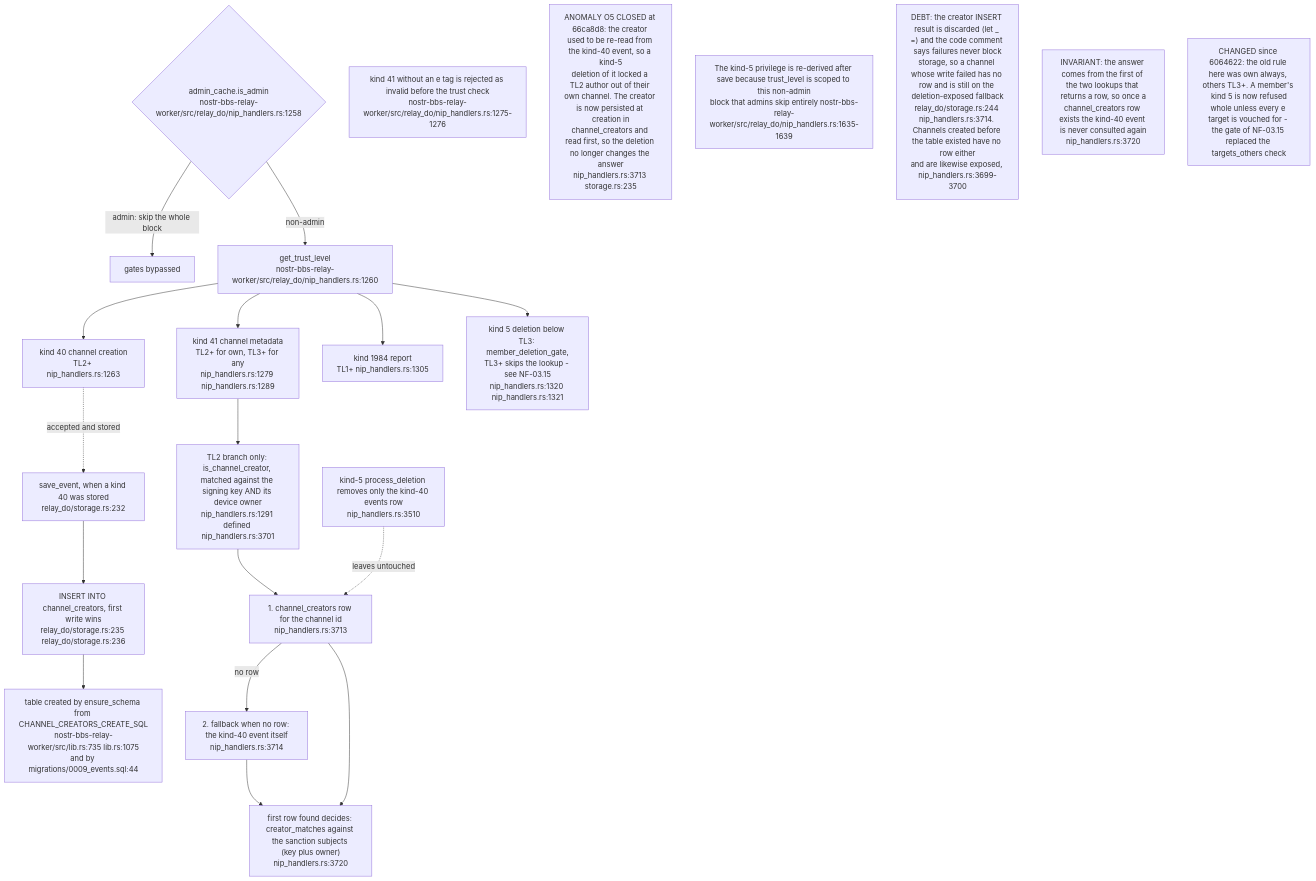
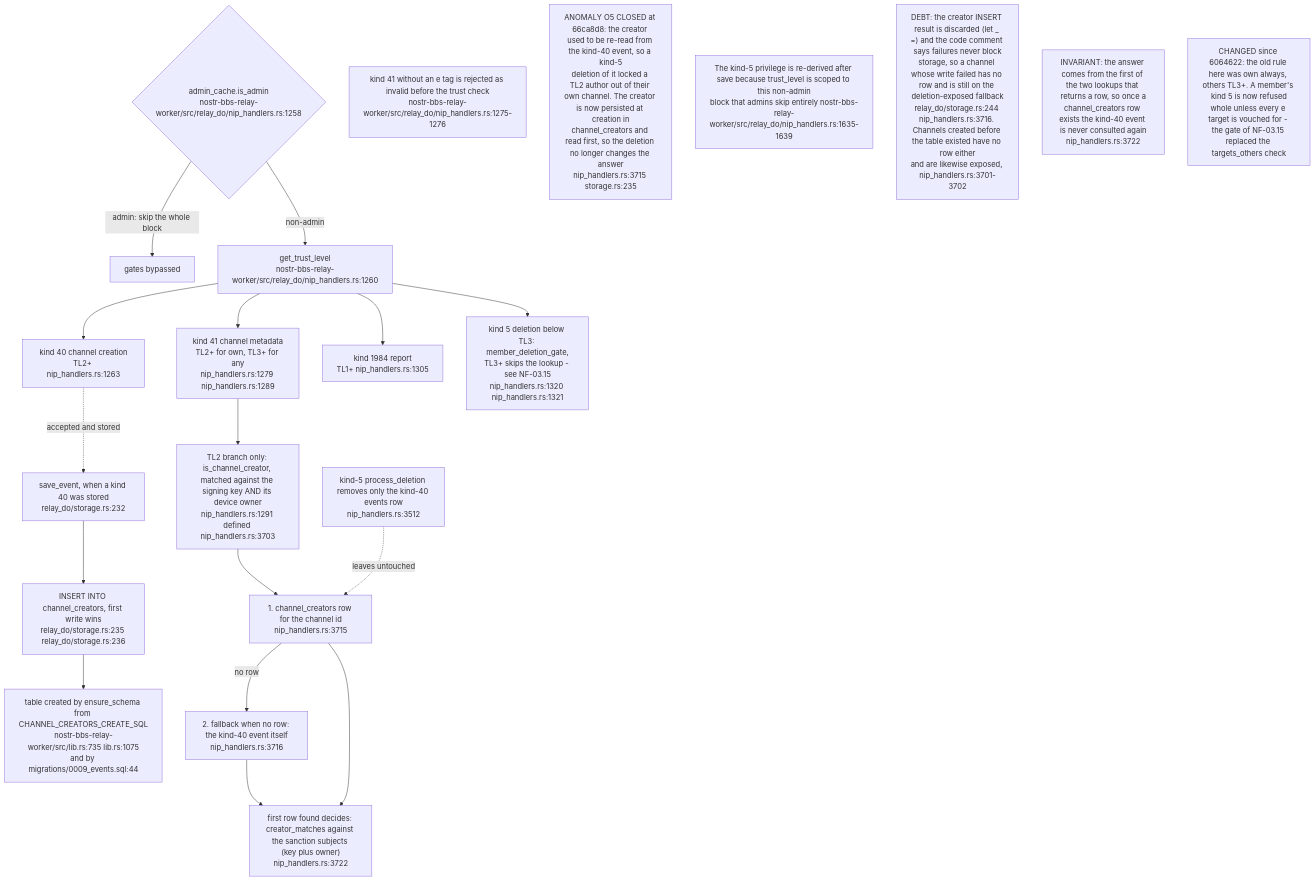
The seventh of 16 diagrams in docs/diagrams/nostr-rust-forum/03-relay-worker-admission-auth-and-trust.md (DreamLab-AI/VisionFlow), drawn with Mermaid before and after one commit. The commit also changed other lines of this file and 11 other files, not shown here.

````diff
--- a/docs/diagrams/nostr-rust-forum/03-relay-worker-admission-auth-and-trust.md
+++ b/docs/diagrams/nostr-rust-forum/03-relay-worker-admission-auth-and-trust.md
@@ -223,32 +223,32 @@
 ```mermaid
 flowchart TB
     ADMIN{"admin_cache.is_admin<br/>nostr-bbs-relay-worker/src/relay_do/nip_handlers.rs:1258"}
     TL["get_trust_level<br/>nostr-bbs-relay-worker/src/relay_do/nip_handlers.rs:1260"]
     K40["kind 40 channel creation<br/>TL2+ nip_handlers.rs:1263"]
     K41["kind 41 channel metadata<br/>TL2+ for own, TL3+ for any<br/>nip_handlers.rs:1279 nip_handlers.rs:1289"]
     K1984["kind 1984 report<br/>TL1+ nip_handlers.rs:1305"]
     K5["kind 5 deletion below TL3: member_deletion_gate,<br/>TL3+ skips the lookup - see NF-03.15<br/>nip_handlers.rs:1320 nip_handlers.rs:1321"]
-    IC["TL2 branch only: is_channel_creator, matched against the signing key AND its device owner<br/>nip_handlers.rs:1291 defined nip_handlers.rs:3701"]
-    CC["1. channel_creators row for the channel id<br/>nip_handlers.rs:3713"]
-    FB["2. fallback when no row: the kind-40 event itself<br/>nip_handlers.rs:3714"]
-    ANS["first row found decides: creator_matches against the sanction subjects (key plus owner)<br/>nip_handlers.rs:3720"]
+    IC["TL2 branch only: is_channel_creator, matched against the signing key AND its device owner<br/>nip_handlers.rs:1291 defined nip_handlers.rs:3703"]
+    CC["1. channel_creators row for the channel id<br/>nip_handlers.rs:3715"]
+    FB["2. fallback when no row: the kind-40 event itself<br/>nip_handlers.rs:3716"]
+    ANS["first row found decides: creator_matches against the sanction subjects (key plus owner)<br/>nip_handlers.rs:3722"]
     SAVE["save_event, when a kind 40 was stored<br/>relay_do/storage.rs:232"]
     INS["INSERT INTO channel_creators, first write wins<br/>relay_do/storage.rs:235 relay_do/storage.rs:236"]
     DDL["table created by ensure_schema from CHANNEL_CREATORS_CREATE_SQL<br/>nostr-bbs-relay-worker/src/lib.rs:735 lib.rs:1075<br/>and by migrations/0009_events.sql:44"]
-    DEL["kind-5 process_deletion removes only the kind-40 events row<br/>nip_handlers.rs:3510"]
+    DEL["kind-5 process_deletion removes only the kind-40 events row<br/>nip_handlers.rs:3512"]
 
     ADMIN -->|"admin: skip the whole block"| SKIP["gates bypassed"]
     ADMIN -->|"non-admin"| TL --> K40 & K41 & K1984 & K5
     K41 --> IC --> CC -->|"no row"| FB
     CC --> ANS
     FB --> ANS
     K40 -.->|"accepted and stored"| SAVE --> INS --> DDL
     DEL -.->|"leaves untouched"| CC
 
     N1["kind 41 without an e tag is rejected as invalid before the trust check<br/>nostr-bbs-relay-worker/src/relay_do/nip_handlers.rs:1275-1276"]
-    N2["ANOMALY O5 CLOSED at 66ca8d8: the creator used to be re-read from the kind-40 event, so a kind-5<br/>deletion of it locked a TL2 author out of their own channel. The creator is now persisted at creation in<br/>channel_creators and read first, so the deletion no longer changes the answer<br/>nip_handlers.rs:3713 storage.rs:235"]
+    N2["ANOMALY O5 CLOSED at 66ca8d8: the creator used to be re-read from the kind-40 event, so a kind-5<br/>deletion of it locked a TL2 author out of their own channel. The creator is now persisted at creation in<br/>channel_creators and read first, so the deletion no longer changes the answer<br/>nip_handlers.rs:3715 storage.rs:235"]
     N3["The kind-5 privilege is re-derived after save because trust_level is scoped to this non-admin<br/>block that admins skip entirely nostr-bbs-relay-worker/src/relay_do/nip_handlers.rs:1635-1639"]
-    N4["DEBT: the creator INSERT result is discarded (let _ =) and the code comment says failures never block<br/>storage, so a channel whose write failed has no row and is still on the deletion-exposed fallback<br/>relay_do/storage.rs:244 nip_handlers.rs:3714. Channels created before the table existed have no row either<br/>and are likewise exposed, nip_handlers.rs:3699-3700"]
-    N5["INVARIANT: the answer comes from the first of the two lookups that returns a row, so once a<br/>channel_creators row exists the kind-40 event is never consulted again<br/>nip_handlers.rs:3720"]
+    N4["DEBT: the creator INSERT result is discarded (let _ =) and the code comment says failures never block<br/>storage, so a channel whose write failed has no row and is still on the deletion-exposed fallback<br/>relay_do/storage.rs:244 nip_handlers.rs:3716. Channels created before the table existed have no row either<br/>and are likewise exposed, nip_handlers.rs:3701-3702"]
+    N5["INVARIANT: the answer comes from the first of the two lookups that returns a row, so once a<br/>channel_creators row exists the kind-40 event is never consulted again<br/>nip_handlers.rs:3722"]
     N6["CHANGED since 6064622: the old rule here was own always, others TL3+. A member's kind 5 is now refused<br/>whole unless every e target is vouched for - the gate of NF-03.15 replaced the targets_others check"]
 ```
````
